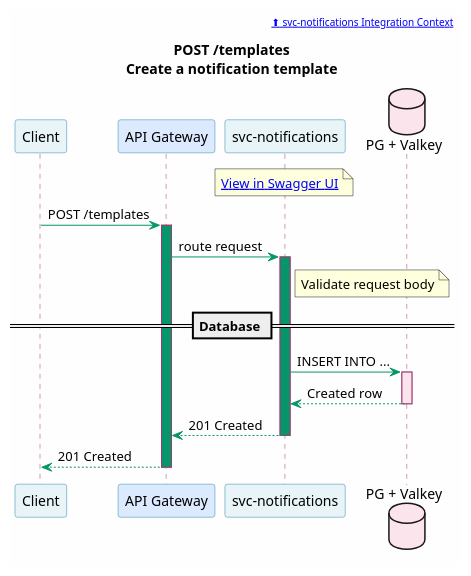
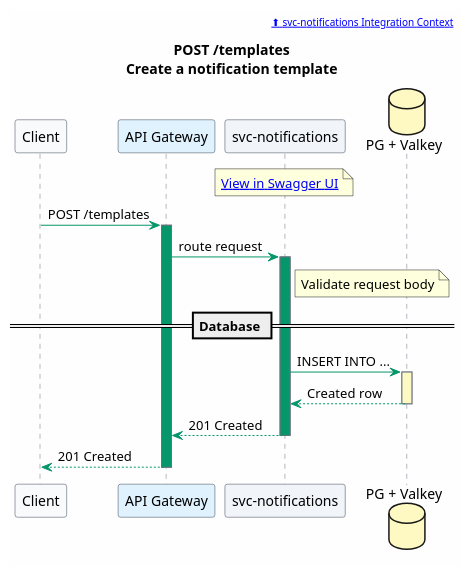
One commit to christopherblaisdell/continuous-architecture-platform-poc changed the diagram in portal/docs/microservices/puml/svc-notifications--post-templates.puml. Above: the diagram before and after it, drawn with PlantUML. The commit also changed 727 other files, not shown here.

```diff
--- a/portal/docs/microservices/puml/svc-notifications--post-templates.puml
+++ b/portal/docs/microservices/puml/svc-notifications--post-templates.puml
@@ -1,49 +1,49 @@
 @startuml svc-notifications--post-templates
 
 skinparam backgroundColor #FEFEFE
 skinparam shadowing false
 skinparam defaultFontName "Segoe UI"
 skinparam sequence {
     ArrowColor #059669
-    ParticipantBorderColor #2E86AB
-    ParticipantBackgroundColor #E8F4F8
-    LifeLineBorderColor #A23B72
-    BoxBorderColor #F18F01
-    BoxBackgroundColor #FFF8F0
-    NoteBorderColor #c77b30
-    NoteBackgroundColor #FEF3E7
+    ParticipantBorderColor #374151
+    ParticipantBackgroundColor #F9FAFB
+    LifeLineBorderColor #6B7280
+    BoxBorderColor #94A3B8
+    BoxBackgroundColor #F8FAFC
+    NoteBorderColor #64748B
+    NoteBackgroundColor #F8FAFC
 }
 
 header [[/microservices/svc-notifications/#integration-context ⬆ svc-notifications Integration Context]]
 
 title POST /templates\nCreate a notification template
 
 participant "Client" as Client [[/applications/]]
-participant "API Gateway" as GW [[/actors/#api-gateway]] #DBEAFE
-participant "svc-notifications" as Svc [[/microservices/svc-notifications/]] #E8F4F8
-database "PG + Valkey" as DB [[/microservices/svc-notifications/#data-store]] #FCE4EC
+participant "API Gateway" as GW [[/actors/#api-gateway]] #E0F2FE
+participant "svc-notifications" as Svc [[/microservices/svc-notifications/]] #F1F5F9
+database "PG + Valkey" as DB [[/microservices/svc-notifications/#data-store]] #FEF9C3
 
 note over Svc
   [[/services/api/svc-notifications.html#/Templates/createTemplate View in Swagger UI]]
 end note
 
 Client -> GW : POST /templates
 activate GW #059669
 GW -> Svc : route request
 activate Svc #059669
 
 note right of Svc : Validate request body
 
 == Database ==
 
 Svc -> DB : INSERT INTO ...
-activate DB #FCE4EC
+activate DB #FEF9C3
 DB --> Svc : Created row
 deactivate DB
 
 Svc --> GW : 201 Created
 deactivate Svc
 GW --> Client : 201 Created
 deactivate GW
 
 @enduml
```
